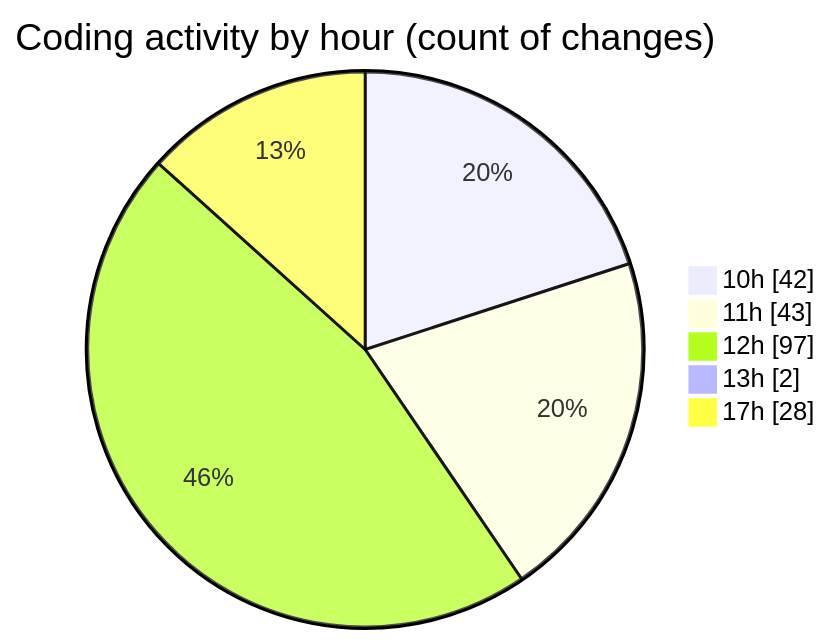
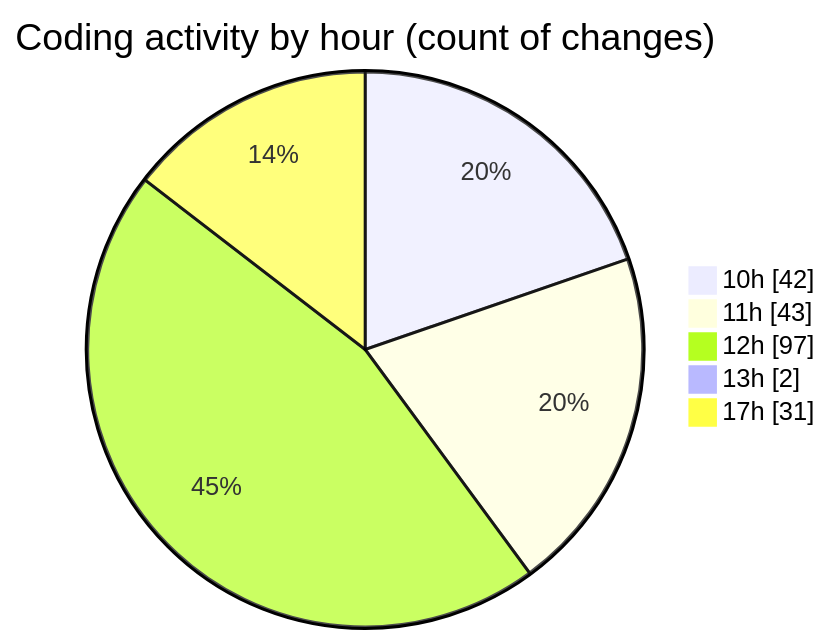
The second of 2 diagrams in 2025-05-15/ecodeli-1/README.md (CELIANVF/code-tracking), drawn with Mermaid before and after one commit. The commit also changed other lines of this file and 1 other file, not shown here.

````diff
--- a/2025-05-15/ecodeli-1/README.md
+++ b/2025-05-15/ecodeli-1/README.md
@@ -79,9 +80,9 @@
 ```mermaid
 pie showData
 title Coding activity by hour (count of changes)
 "10h" : 42
 "11h" : 43
 "12h" : 97
 "13h" : 2
-"17h" : 28
+"17h" : 31
 ```
````
